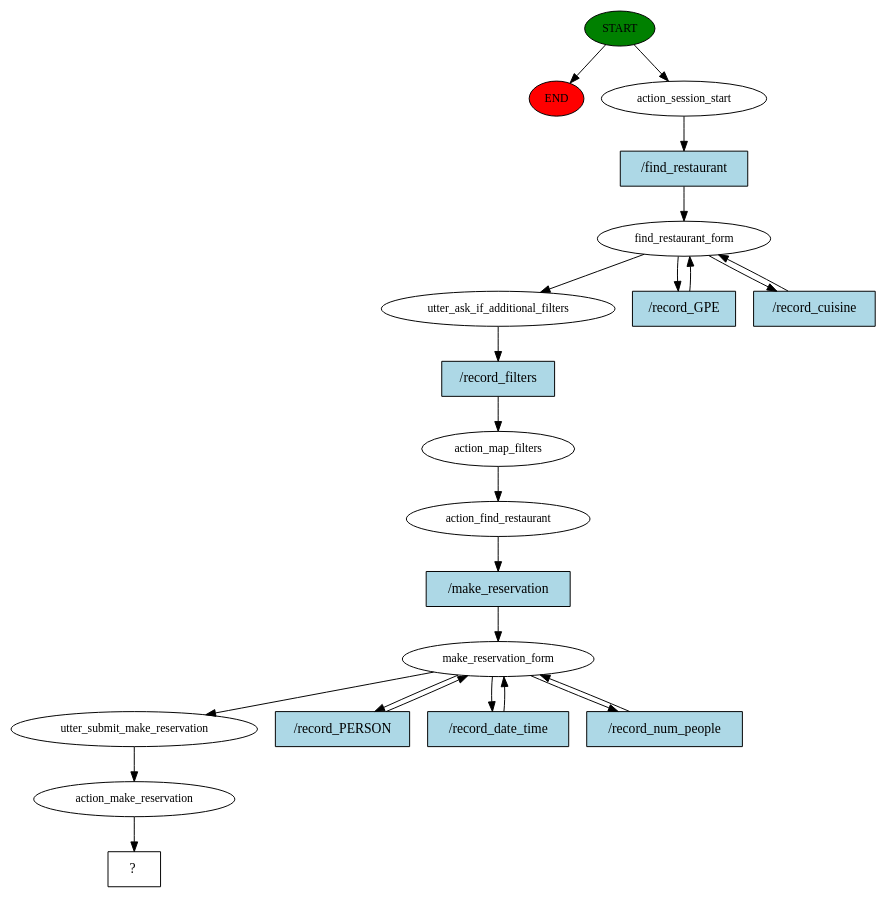
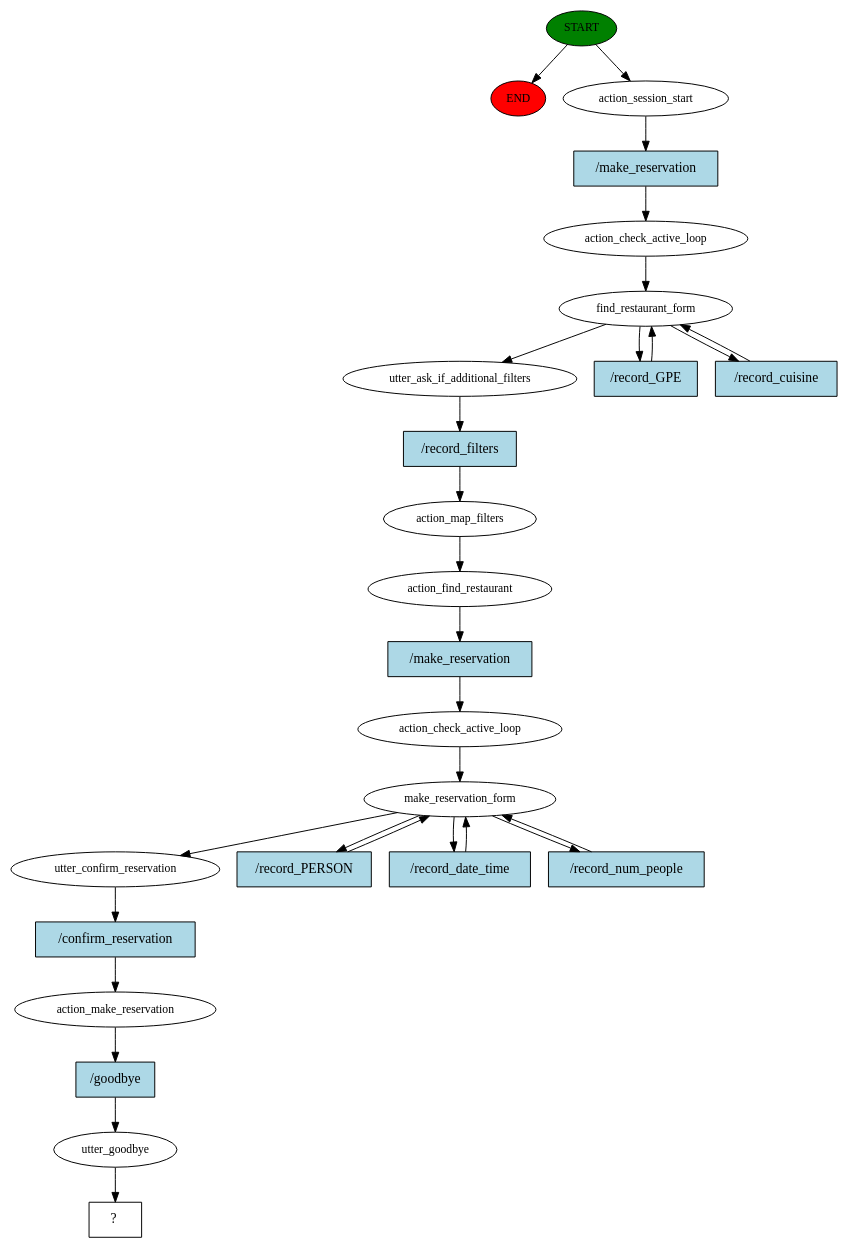
One commit to AsiaSzych/IU_Voice_Assistants changed the diagram in rasa_chatbot/story_graph.dot. Above: the diagram before and after it, drawn with Graphviz. The commit also changed 5 other files, not shown here.

```diff
--- a/rasa_chatbot/story_graph.dot
+++ b/rasa_chatbot/story_graph.dot
@@ -1,44 +1,54 @@
 digraph  {
 0 [class="start active", fillcolor=green, fontsize=12, label=START, style=filled];
 "-1" [class=end, fillcolor=red, fontsize=12, label=END, style=filled];
 1 [class=active, fontsize=12, label=action_session_start];
-2 [class=active, fontsize=12, label=find_restaurant_form];
-5 [class=active, fontsize=12, label=utter_ask_if_additional_filters];
-6 [class=active, fontsize=12, label=action_map_filters];
-7 [class=active, fontsize=12, label=action_find_restaurant];
-8 [class=active, fontsize=12, label=make_reservation_form];
-12 [class=active, fontsize=12, label=utter_submit_make_reservation];
-13 [class=active, fontsize=12, label=action_make_reservation];
-14 [class="intent dashed active", label="  ?  ", shape=rect];
-15 [class="intent active", fillcolor=lightblue, label="/find_restaurant", shape=rect, style=filled];
-16 [class="intent active", fillcolor=lightblue, label="/record_GPE", shape=rect, style=filled];
-17 [class="intent active", fillcolor=lightblue, label="/record_cuisine", shape=rect, style=filled];
-18 [class="intent active", fillcolor=lightblue, label="/record_filters", shape=rect, style=filled];
-19 [class="intent active", fillcolor=lightblue, label="/make_reservation", shape=rect, style=filled];
-20 [class="intent active", fillcolor=lightblue, label="/record_PERSON", shape=rect, style=filled];
-21 [class="intent active", fillcolor=lightblue, label="/record_date_time", shape=rect, style=filled];
-22 [class="intent active", fillcolor=lightblue, label="/record_num_people", shape=rect, style=filled];
+2 [class=active, fontsize=12, label=action_check_active_loop];
+3 [class=active, fontsize=12, label=find_restaurant_form];
+6 [class=active, fontsize=12, label=utter_ask_if_additional_filters];
+7 [class=active, fontsize=12, label=action_map_filters];
+8 [class=active, fontsize=12, label=action_find_restaurant];
+9 [class=active, fontsize=12, label=action_check_active_loop];
+10 [class=active, fontsize=12, label=make_reservation_form];
+14 [class=active, fontsize=12, label=utter_confirm_reservation];
+15 [class=active, fontsize=12, label=action_make_reservation];
+16 [class=active, fontsize=12, label=utter_goodbye];
+17 [class="intent dashed active", label="  ?  ", shape=rect];
+18 [class="intent active", fillcolor=lightblue, label="/make_reservation", shape=rect, style=filled];
+19 [class="intent active", fillcolor=lightblue, label="/record_GPE", shape=rect, style=filled];
+20 [class="intent active", fillcolor=lightblue, label="/record_cuisine", shape=rect, style=filled];
+21 [class="intent active", fillcolor=lightblue, label="/record_filters", shape=rect, style=filled];
+22 [class="intent active", fillcolor=lightblue, label="/make_reservation", shape=rect, style=filled];
+23 [class="intent active", fillcolor=lightblue, label="/record_PERSON", shape=rect, style=filled];
+24 [class="intent active", fillcolor=lightblue, label="/record_date_time", shape=rect, style=filled];
+25 [class="intent active", fillcolor=lightblue, label="/record_num_people", shape=rect, style=filled];
+26 [class="intent active", fillcolor=lightblue, label="/confirm_reservation", shape=rect, style=filled];
+27 [class="intent active", fillcolor=lightblue, label="/goodbye", shape=rect, style=filled];
 0 -> "-1"  [class="", key=NONE, label=""];
 0 -> 1  [class=active, key=NONE, label=""];
-1 -> 15  [class=active, key=0];
-2 -> 5  [class=active, key=NONE, label=""];
-2 -> 16  [class=active, key=0];
-2 -> 17  [class=active, key=0];
-5 -> 18  [class=active, key=0];
-6 -> 7  [class=active, key=NONE, label=""];
-7 -> 19  [class=active, key=0];
-8 -> 12  [class=active, key=NONE, label=""];
-8 -> 20  [class=active, key=0];
-8 -> 21  [class=active, key=0];
+1 -> 18  [class=active, key=0];
+2 -> 3  [class=active, key=NONE, label=""];
+3 -> 6  [class=active, key=NONE, label=""];
+3 -> 19  [class=active, key=0];
+3 -> 20  [class=active, key=0];
+6 -> 21  [class=active, key=0];
+7 -> 8  [class=active, key=NONE, label=""];
 8 -> 22  [class=active, key=0];
-12 -> 13  [class=active, key=NONE, label=""];
-13 -> 14  [class=active, key=NONE, label=""];
-15 -> 2  [class=active, key=0];
-16 -> 2  [class=active, key=0];
-17 -> 2  [class=active, key=0];
-18 -> 6  [class=active, key=0];
-19 -> 8  [class=active, key=0];
-20 -> 8  [class=active, key=0];
-21 -> 8  [class=active, key=0];
-22 -> 8  [class=active, key=0];
+9 -> 10  [class=active, key=NONE, label=""];
+10 -> 14  [class=active, key=NONE, label=""];
+10 -> 23  [class=active, key=0];
+10 -> 24  [class=active, key=0];
+10 -> 25  [class=active, key=0];
+14 -> 26  [class=active, key=0];
+15 -> 27  [class=active, key=0];
+16 -> 17  [class=active, key=NONE, label=""];
+18 -> 2  [class=active, key=0];
+19 -> 3  [class=active, key=0];
+20 -> 3  [class=active, key=0];
+21 -> 7  [class=active, key=0];
+22 -> 9  [class=active, key=0];
+23 -> 10  [class=active, key=0];
+24 -> 10  [class=active, key=0];
+25 -> 10  [class=active, key=0];
+26 -> 15  [class=active, key=0];
+27 -> 16  [class=active, key=0];
 }
```
